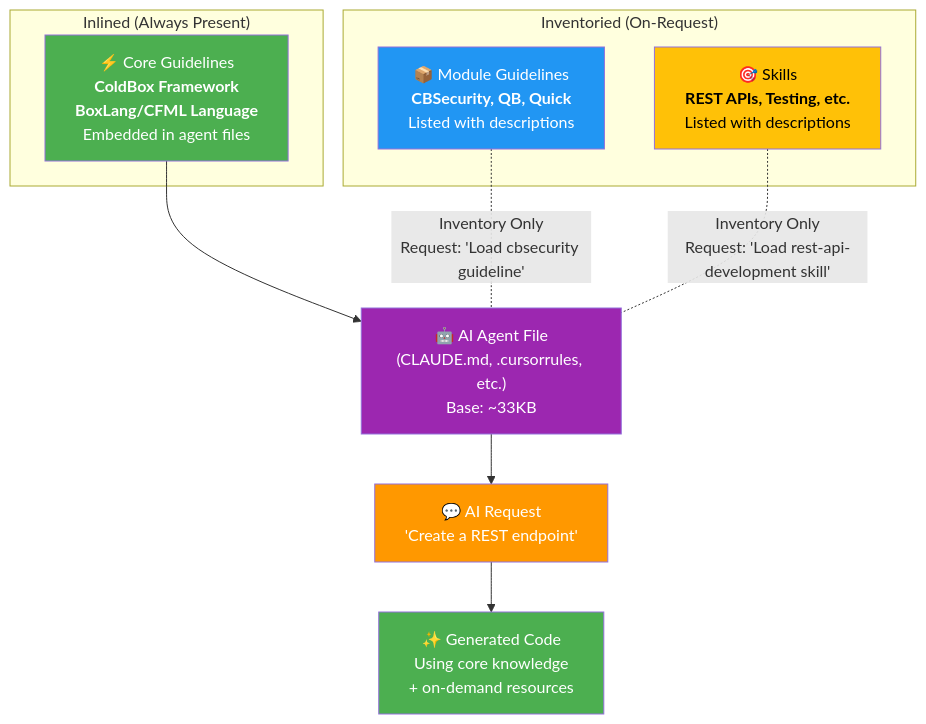
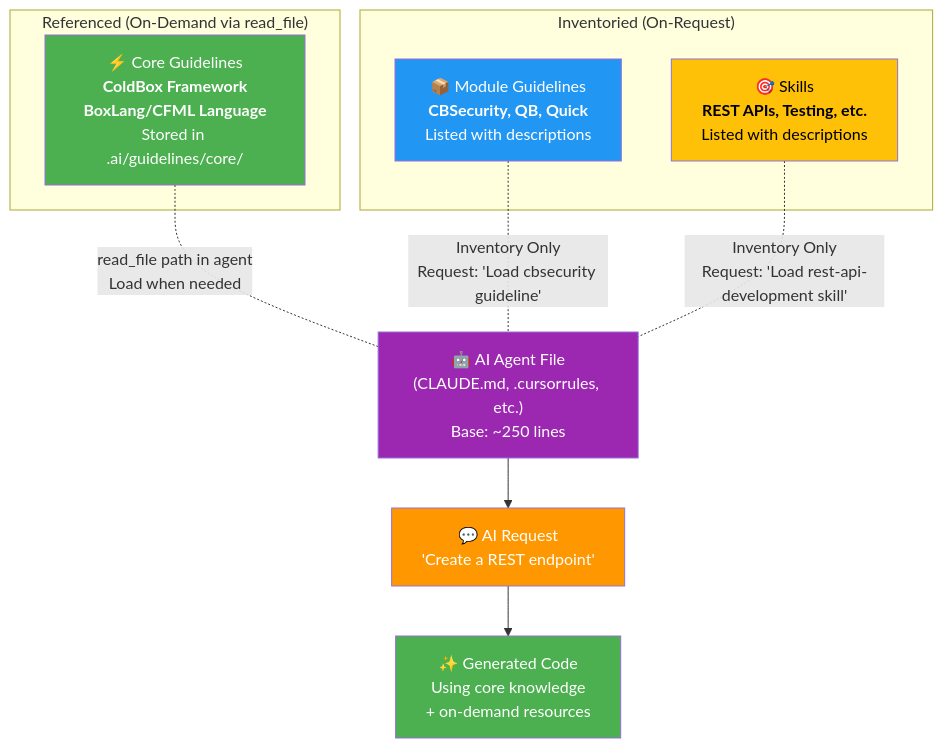
One commit to ColdBox/coldbox-cli changed the fourth of 8 diagrams in AI_INTEGRATION.md. Above: the diagram before and after it, drawn with Mermaid. The commit also changed other lines of this file and 10 other files, not shown here.

First line of the commit message:
- **Reduced agent file size**   - Core ColdBox/BoxLang guidelines are no longer inlined in generated agent files. Guidelines are stored locally in `.ai/guidelines/core/` and referenced via `read_file` instructions — reducing generated agent files from ~1,000 lines to ~250 lines

````diff
--- a/AI_INTEGRATION.md
+++ b/AI_INTEGRATION.md
@@ -286,27 +287,27 @@
 ```mermaid
 flowchart TB
-    subgraph "Inlined (Always Present)"
-        CoreG["⚡ Core Guidelines<br/><b>ColdBox Framework</b><br/><b>BoxLang/CFML Language</b><br/>Embedded in agent files"]
+    subgraph "Referenced (On-Demand via read_file)"
+        CoreG["⚡ Core Guidelines<br/><b>ColdBox Framework</b><br/><b>BoxLang/CFML Language</b><br/>Stored in .ai/guidelines/core/"]
     end
 
     subgraph "Inventoried (On-Request)"
         ModuleG["📦 Module Guidelines<br/><b>CBSecurity, QB, Quick</b><br/>Listed with descriptions"]
         Skills["🎯 Skills<br/><b>REST APIs, Testing, etc.</b><br/>Listed with descriptions"]
     end
 
-    AgentFile["🤖 AI Agent File<br/>(CLAUDE.md, .cursorrules, etc.)<br/>Base: ~33KB"]
+    AgentFile["🤖 AI Agent File<br/>(CLAUDE.md, .cursorrules, etc.)<br/>Base: ~250 lines"]
 
-    CoreG --> AgentFile
+    CoreG -.-|"read_file path in agent<br/>Load when needed"| AgentFile
     ModuleG -.-|"Inventory Only<br/>Request: 'Load cbsecurity guideline'"| AgentFile
     Skills -.-|"Inventory Only<br/>Request: 'Load rest-api-development skill'"| AgentFile
 
     AgentFile --> Request["💬 AI Request<br/>'Create a REST endpoint'"]
     Request --> Response["✨ Generated Code<br/>Using core knowledge<br/>+ on-demand resources"]
 
     style CoreG fill:#4caf50,color:#fff
     style ModuleG fill:#2196f3,color:#fff
     style Skills fill:#ffc107,color:#000
     style AgentFile fill:#9c27b0,color:#fff
     style Request fill:#ff9800,color:#fff
     style Response fill:#4caf50,color:#fff
 ```
````
